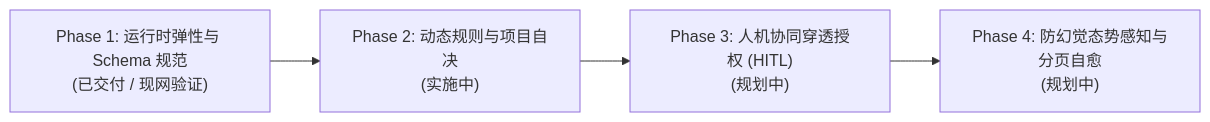
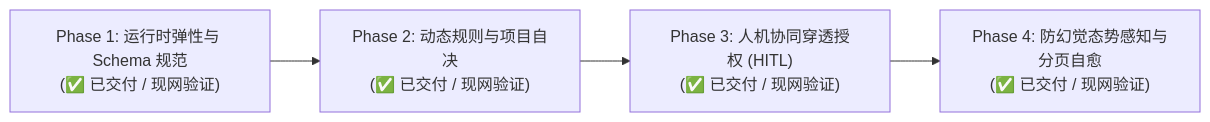
The diagram in docs/evolution-roadmap.md (yimmr/codexen), drawn with Mermaid before and after one commit. The commit also changed other lines of this file and 13 other files, not shown here.

````diff
--- a/docs/evolution-roadmap.md
+++ b/docs/evolution-roadmap.md
@@ -10,9 +10,9 @@
 ```mermaid
 flowchart LR
-    Phase1["Phase 1: 运行时弹性与 Schema 规范<br/>(已交付 / 现网验证)"]
-    Phase2["Phase 2: 动态规则与项目自决<br/>(实施中)"]
-    Phase3["Phase 3: 人机协同穿透授权 (HITL)<br/>(规划中)"]
-    Phase4["Phase 4: 防幻觉态势感知与分页自愈<br/>(规划中)"]
+    Phase1["Phase 1: 运行时弹性与 Schema 规范<br/>(✅ 已交付 / 现网验证)"]
+    Phase2["Phase 2: 动态规则与项目自决<br/>(✅ 已交付 / 现网验证)"]
+    Phase3["Phase 3: 人机协同穿透授权 (HITL)<br/>(✅ 已交付 / 现网验证)"]
+    Phase4["Phase 4: 防幻觉态势感知与分页自愈<br/>(✅ 已交付 / 现网验证)"]
 
     Phase1 --> Phase2 --> Phase3 --> Phase4
 ```
````
